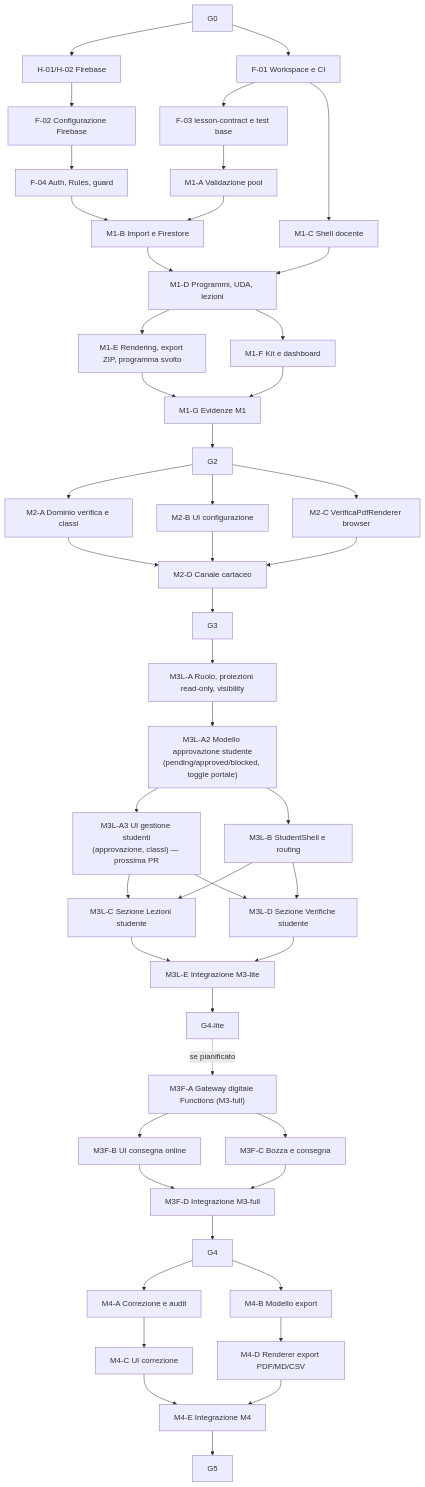
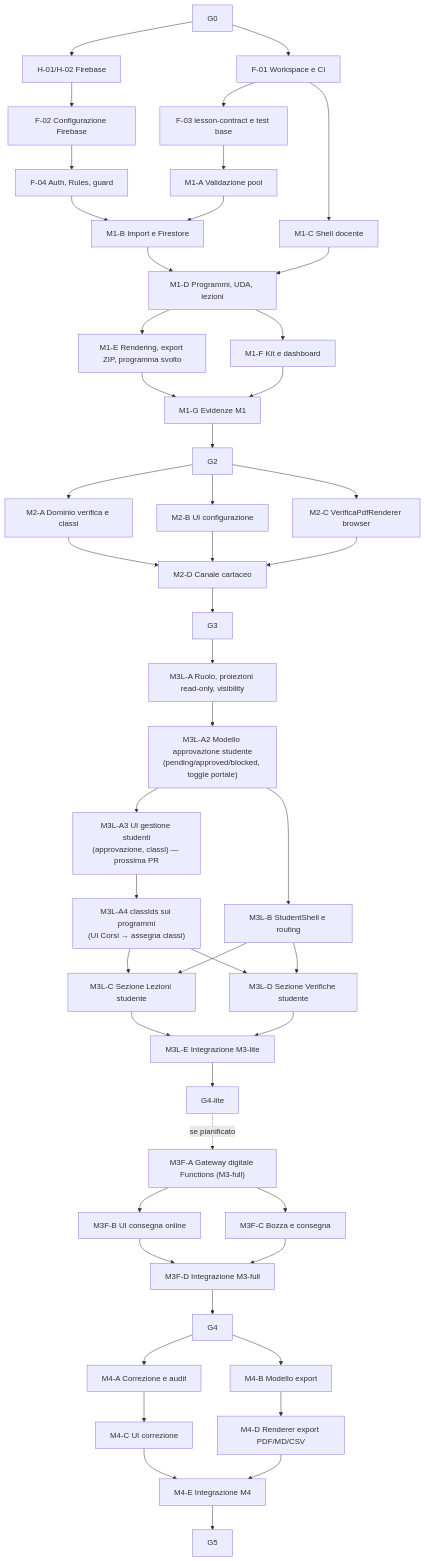
One commit to EnricoPaparo/SchoolForge changed the diagram in documentazione/piano-implementazione.md. Above: the diagram before and after it, drawn with Mermaid. The commit also changed other lines of this file and 12 other files, not shown here.

First line of the commit message:
feat(m3-lite): classIds sui programmi + UI assegnazione classi (M3L-A4)

````diff
--- a/documentazione/piano-implementazione.md
+++ b/documentazione/piano-implementazione.md
@@ -114,50 +114,51 @@
 ```mermaid
 flowchart TD
     G0 --> F1["F-01 Workspace e CI"]
     G0 --> H1["H-01/H-02 Firebase"]
     H1 --> F2["F-02 Configurazione Firebase"]
     F1 --> F3["F-03 lesson-contract e test base"]
     F2 --> F4["F-04 Auth, Rules, guard"]
     F3 --> M1A["M1-A Validazione pool"]
     F4 --> M1B["M1-B Import e Firestore"]
     M1A --> M1B
     F1 --> M1C["M1-C Shell docente"]
     M1B --> M1D["M1-D Programmi, UDA, lezioni"]
     M1C --> M1D
     M1D --> M1E["M1-E Rendering, export ZIP, programma svolto"]
     M1D --> M1F["M1-F Kit e dashboard"]
     M1E --> M1G["M1-G Evidenze M1"]
     M1F --> M1G
     M1G --> G2
     G2 --> M2A["M2-A Dominio verifica e classi"]
     G2 --> M2B["M2-B UI configurazione"]
     G2 --> M2C["M2-C VerificaPdfRenderer browser"]
     M2A --> M2D["M2-D Canale cartaceo"]
     M2B --> M2D
     M2C --> M2D
     M2D --> G3
     G3 --> M3LA["M3L-A Ruolo, proiezioni read-only, visibility"]
     M3LA --> M3LA2["M3L-A2 Modello approvazione studente\n(pending/approved/blocked, toggle portale)"]
     M3LA2 --> M3LA3["M3L-A3 UI gestione studenti\n(approvazione, classi) — prossima PR"]
     M3LA2 --> M3LB["M3L-B StudentShell e routing"]
-    M3LA3 --> M3LC["M3L-C Sezione Lezioni studente"]
+    M3LA3 --> M3LA4["M3L-A4 classIds sui programmi\n(UI Corsi → assegna classi)"]
+    M3LA4 --> M3LC["M3L-C Sezione Lezioni studente"]
     M3LB --> M3LC
-    M3LA3 --> M3LD["M3L-D Sezione Verifiche studente"]
+    M3LA4 --> M3LD["M3L-D Sezione Verifiche studente"]
     M3LB --> M3LD
     M3LC --> M3LE["M3L-E Integrazione M3-lite"]
     M3LD --> M3LE
     M3LE --> G4LITE["G4-lite"]
     G4LITE -. "se pianificato" .-> M3FA["M3F-A Gateway digitale Functions (M3-full)"]
     M3FA --> M3FB["M3F-B UI consegna online"]
     M3FA --> M3FC["M3F-C Bozza e consegna"]
     M3FB --> M3FD["M3F-D Integrazione M3-full"]
     M3FC --> M3FD
     M3FD --> G4
     G4 --> M4A["M4-A Correzione e audit"]
     G4 --> M4B["M4-B Modello export"]
     M4A --> M4C["M4-C UI correzione"]
     M4B --> M4D["M4-D Renderer export PDF/MD/CSV"]
     M4C --> M4E["M4-E Integrazione M4"]
     M4D --> M4E
     M4E --> G5
 ```
````
